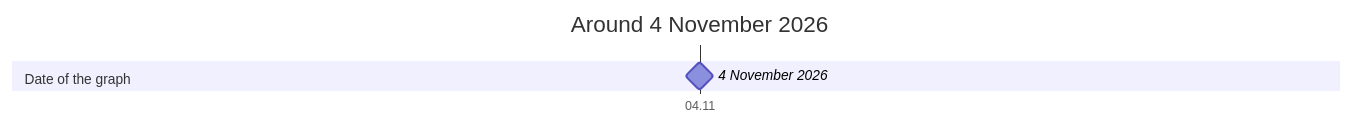
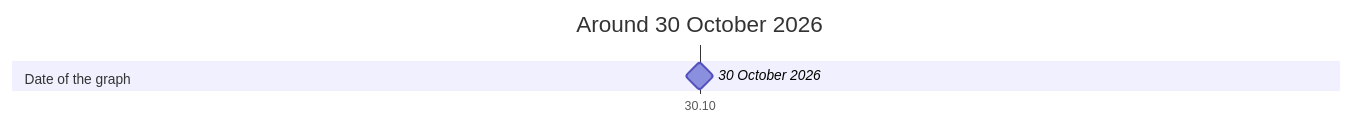
One commit to advancedcognitivesystems-ai/trame changed the diagram in docs/timeline.md. Above: the diagram before and after it, drawn with Mermaid. The commit also changed other lines of this file and 374 other files, not shown here.

First line of the commit message:
g101: a library ships its versions through its own graph (C1)

````diff
--- a/docs/timeline.md
+++ b/docs/timeline.md
@@ -5,8 +5,8 @@
 ```mermaid
 gantt
   dateFormat YYYY-MM-DD
   axisFormat %d.%m
-  title Around 4 November 2026
+  title Around 30 October 2026
   section Date of the graph
-    4 November 2026 : milestone, 2026-11-04, 0d
+    30 October 2026 : milestone, 2026-10-30, 0d
 ```
````
